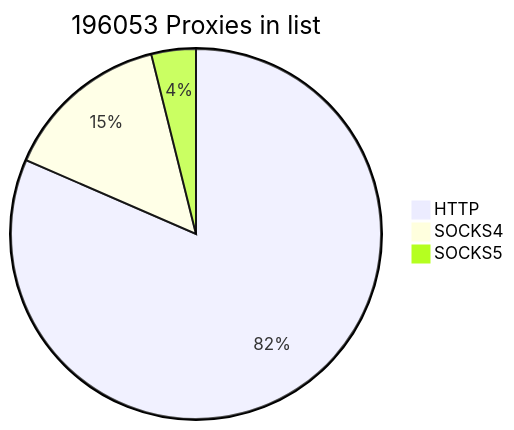
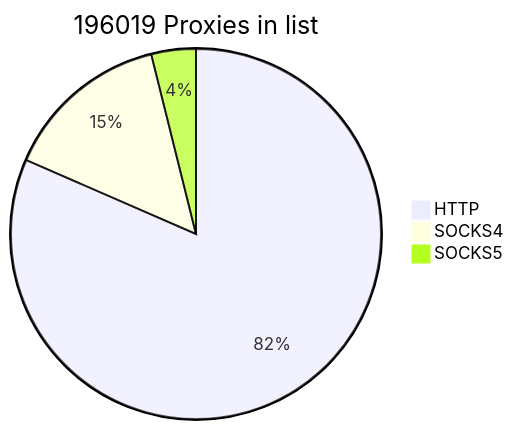
One commit to cutipu/proxylist changed the first of 2 diagrams in README.md. Above: the diagram before and after it, drawn with Mermaid. The commit also changed other lines of this file, not shown here.

````diff
--- a/README.md
+++ b/README.md
@@ -2,7 +2,7 @@
 ```mermaid
-pie title 196053 Proxies in list
+pie title 196019 Proxies in list
     "HTTP" : 159834
-    "SOCKS4" : 28605
+    "SOCKS4" : 28571
     "SOCKS5" : 7614
             
 ```
````
